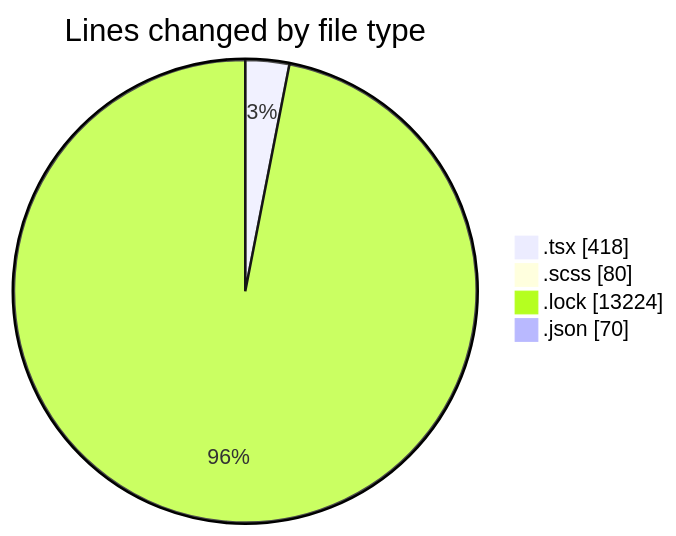
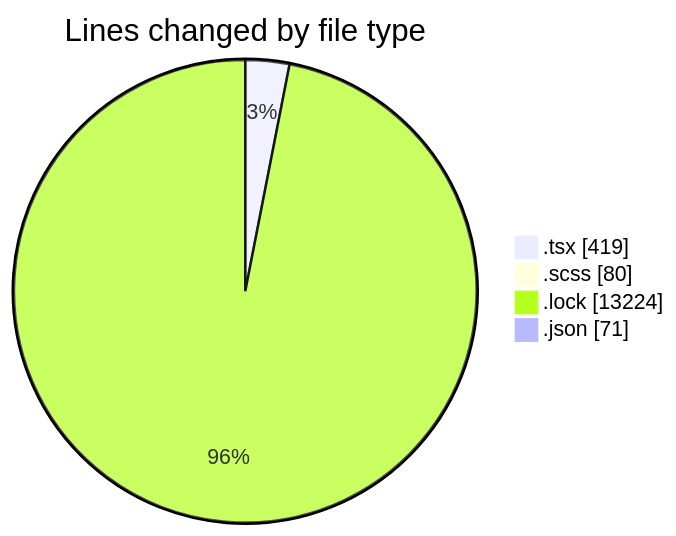
Before and after one commit to momahboobian/code-tracking: the first of 2 diagrams in 2025-05-06/cda/README.md, drawn with Mermaid. The commit also changed other lines of this file and 1 other file, not shown here.

````diff
--- a/2025-05-06/cda/README.md
+++ b/2025-05-06/cda/README.md
@@ -26,8 +26,8 @@
 ```mermaid
 pie showData
 title Lines changed by file type
-".tsx" : 418
+".tsx" : 419
 ".scss" : 80
 ".lock" : 13224
-".json" : 70
+".json" : 71
 ```
````
